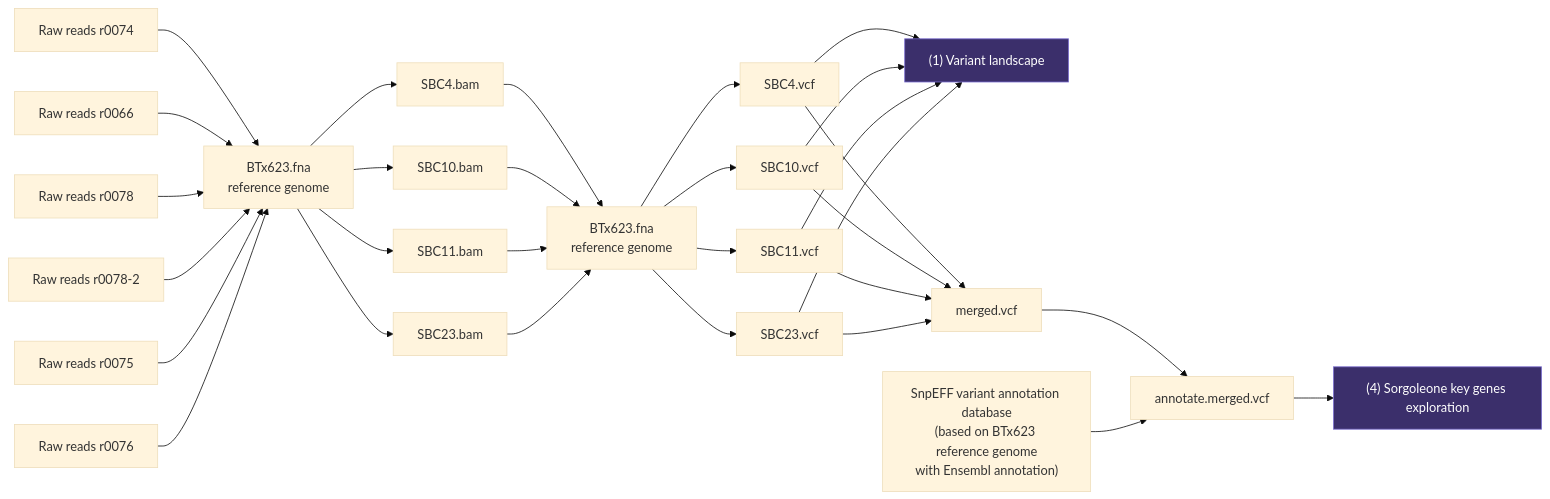
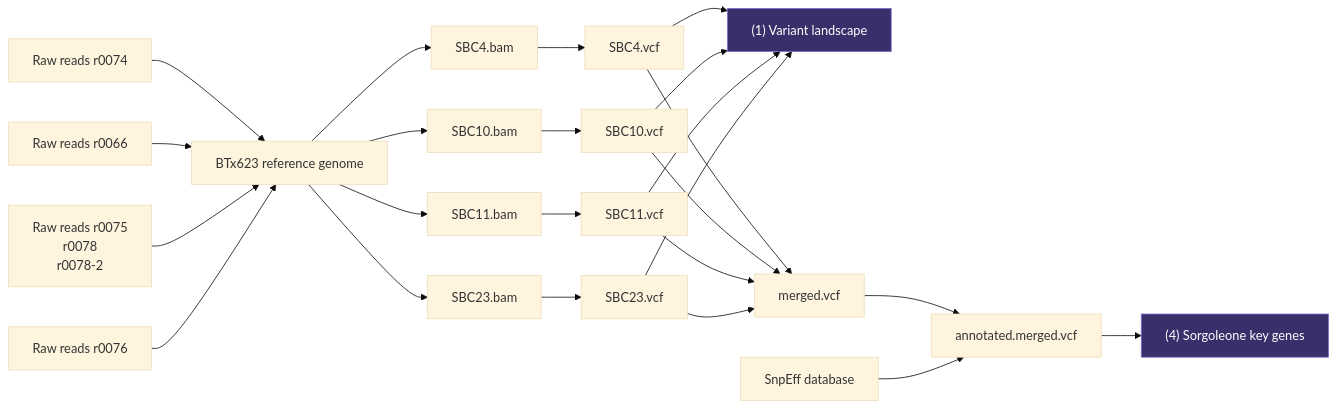
Before and after one commit to daffaaprilio/masters_thesis: the diagram in analysis/ANALYSIS.md, drawn with Mermaid (base theme). The commit also changed other lines of this file and 2 other files, not shown here.

````diff
--- a/analysis/ANALYSIS.md
+++ b/analysis/ANALYSIS.md
@@ -11,42 +16,35 @@
 ```mermaid
 flowchart LR
-    R1[Raw reads r0074] --> REF1[BTx623.fna\nreference genome]
+    R1[Raw reads r0074] --> REF1[BTx623 reference genome]
     R2[Raw reads r0066] --> REF1
-    R3[Raw reads r0078] --> REF1
-    R3.1[Raw reads r0078-2] --> REF1
-    R3.2[Raw reads r0075] --> REF1
+    R3[Raw reads r0075\nr0078\nr0078-2] --> REF1
     R4[Raw reads r0076] --> REF1
 
     REF1 --> B4[SBC4.bam]
     REF1 --> B10[SBC10.bam]
     REF1 --> B11[SBC11.bam]
     REF1 --> B23[SBC23.bam]
 
-    REF2[BTx623.fna\nreference genome] --> V4[SBC4.vcf]
-    REF2 --> V10[SBC10.vcf]
-    REF2 --> V11[SBC11.vcf]
-    REF2 --> V23[SBC23.vcf]
-
-    B4 --> REF2
-    B10 --> REF2
-    B11 --> REF2
-    B23 --> REF2
+    B4 --> V4[SBC4.vcf]
+    B10 --> V10[SBC10.vcf]
+    B11 --> V11[SBC11.vcf]
+    B23 --> V23[SBC23.vcf]
 
     V4 --> VL["(1) Variant landscape"]
     V10 --> VL
     V11 --> VL
     V23 --> VL
 
     V4 --> MRG[merged.vcf]
     V10 --> MRG
     V11 --> MRG
     V23 --> MRG
 
-    MRG --> ANN[annotate.merged.vcf]
-    SNPEFF["SnpEFF variant annotation database\n(based on BTx623 reference genome\nwith Ensembl annotation)"] --> ANN
+    MRG --> ANN[annotated.merged.vcf]
+    SNPEFF[SnpEff database] --> ANN
 
-    ANN --> SKG["(4) Sorgoleone key genes exploration"]
+    ANN --> SKG["(4) Sorgoleone key genes"]
 
     style VL fill:#3b2f6b,stroke:#7c6fcf,color:#fff
     style SKG fill:#3b2f6b,stroke:#7c6fcf,color:#fff
 ```
````
